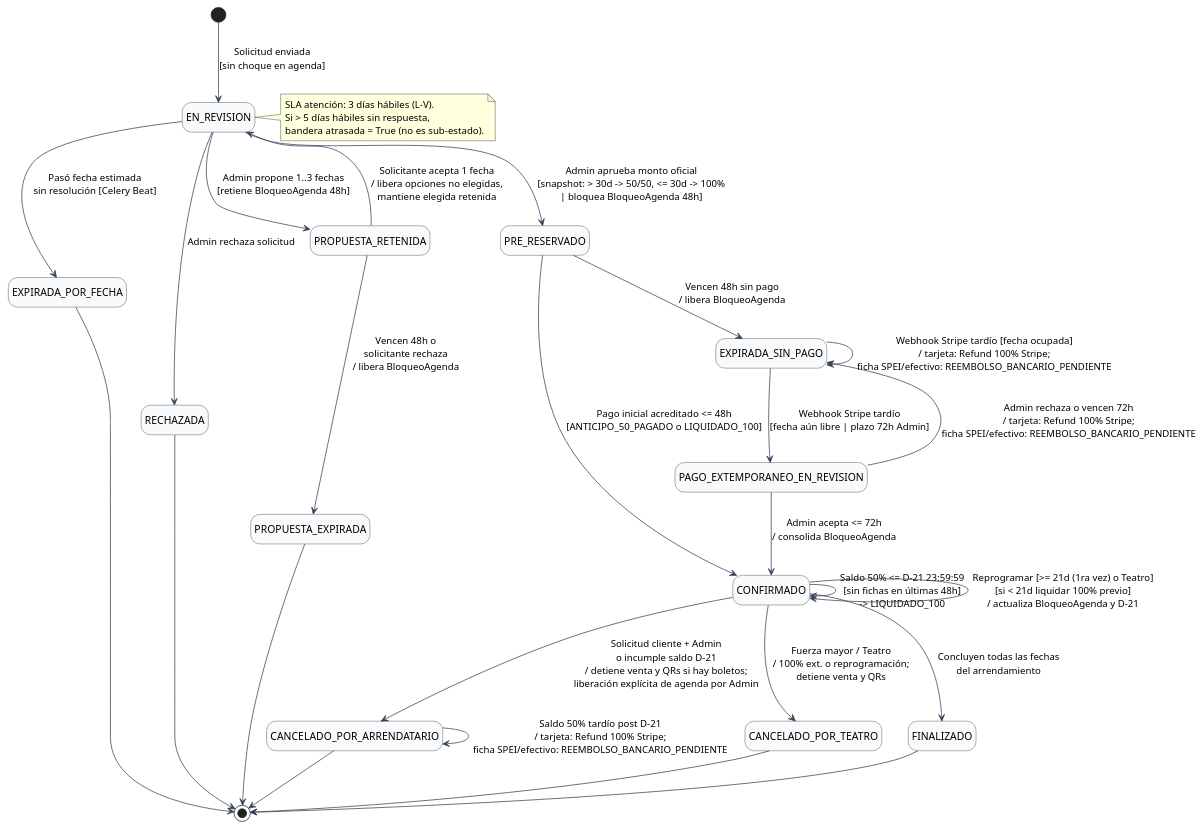
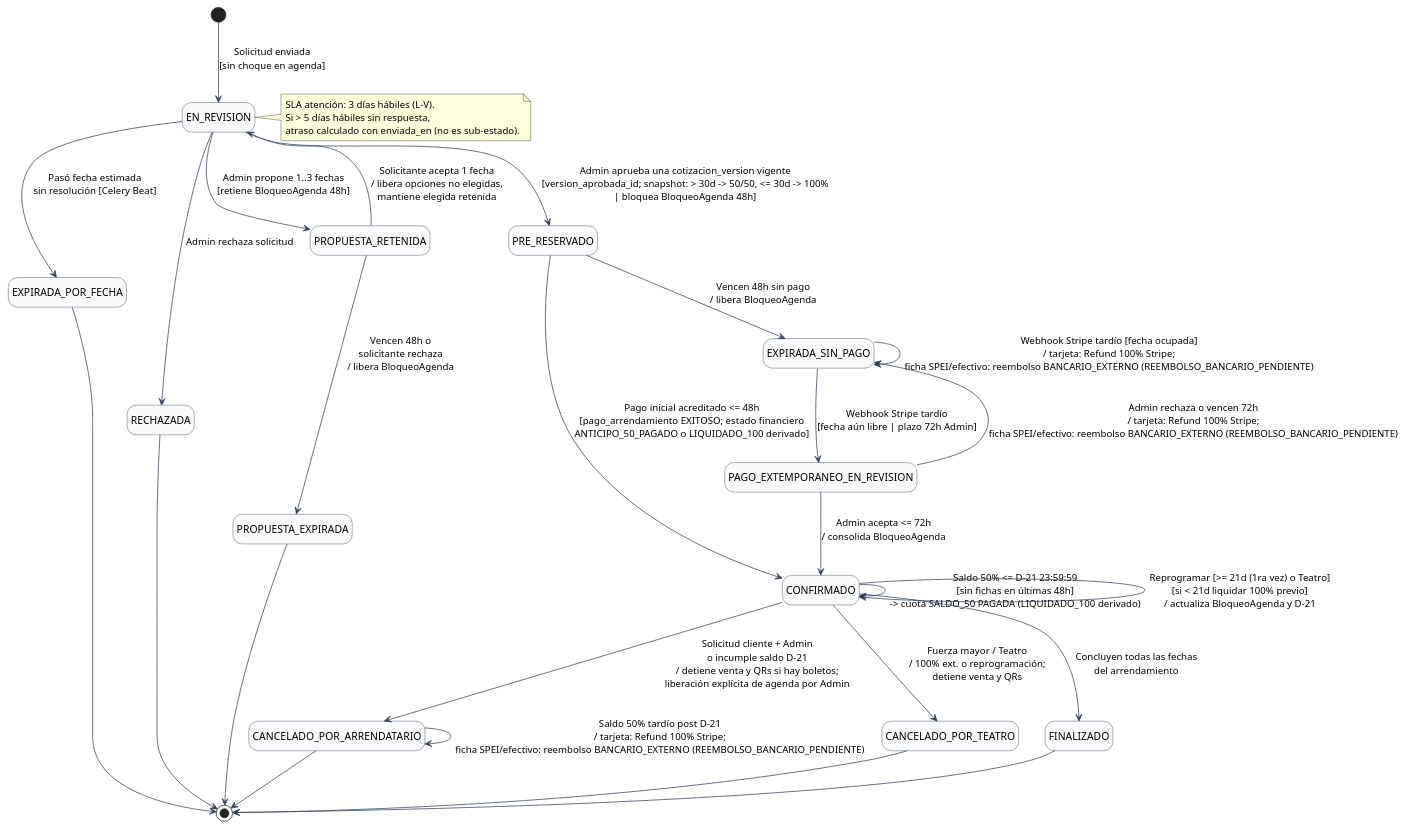
The diagram in docs/maquinas-de-estado/me01-cotizacion-arrendamiento.puml (AntonioVargas97/Teatro), drawn with PlantUML before and after one commit. The commit also changed 29 other files, not shown here.

```diff
--- a/docs/maquinas-de-estado/me01-cotizacion-arrendamiento.puml
+++ b/docs/maquinas-de-estado/me01-cotizacion-arrendamiento.puml
@@ -1,49 +1,50 @@
 @startuml ME01_Cotizacion_Arrendamiento
+' Actualizado 2026-11-26: alineado con BD v6.2. Estados financieros derivados (no columnas), PagoOrden/PagoArrendamiento, webhook_stripe, contingencia_funcion por tabla, cotizacion_version al aprobar, asignacion_butaca para el inventario.
 hide empty description
 skinparam state {
   BackgroundColor #F8FAFC
   BorderColor #1E293B
   ArrowColor #334155
 }
 
 [*] --> EN_REVISION : Solicitud enviada\n[sin choque en agenda]
 
 note right of EN_REVISION
   SLA atención: 3 días hábiles (L-V).
   Si > 5 días hábiles sin respuesta,
-  bandera atrasada = True (no es sub-estado).
+  atraso calculado con enviada_en (no es sub-estado).
 end note
 
 EN_REVISION --> EXPIRADA_POR_FECHA : Pasó fecha estimada\nsin resolución [Celery Beat]
 EN_REVISION --> RECHAZADA : Admin rechaza solicitud
 EN_REVISION --> PROPUESTA_RETENIDA : Admin propone 1..3 fechas\n[retiene BloqueoAgenda 48h]
-EN_REVISION --> PRE_RESERVADO : Admin aprueba monto oficial\n[snapshot: > 30d -> 50/50, <= 30d -> 100%\n| bloquea BloqueoAgenda 48h]
+EN_REVISION --> PRE_RESERVADO : Admin aprueba una cotizacion_version vigente\n[version_aprobada_id; snapshot: > 30d -> 50/50, <= 30d -> 100%\n| bloquea BloqueoAgenda 48h]
 
 PROPUESTA_RETENIDA --> PROPUESTA_EXPIRADA : Vencen 48h o\nsolicitante rechaza\n/ libera BloqueoAgenda
 PROPUESTA_RETENIDA --> EN_REVISION : Solicitante acepta 1 fecha\n/ libera opciones no elegidas,\nmantiene elegida retenida
 
-PRE_RESERVADO --> CONFIRMADO : Pago inicial acreditado <= 48h\n[ANTICIPO_50_PAGADO o LIQUIDADO_100]
+PRE_RESERVADO --> CONFIRMADO : Pago inicial acreditado <= 48h\n[pago_arrendamiento EXITOSO; estado financiero\nANTICIPO_50_PAGADO o LIQUIDADO_100 derivado]
 PRE_RESERVADO --> EXPIRADA_SIN_PAGO : Vencen 48h sin pago\n/ libera BloqueoAgenda
 
 EXPIRADA_SIN_PAGO --> PAGO_EXTEMPORANEO_EN_REVISION : Webhook Stripe tardío\n[fecha aún libre | plazo 72h Admin]
-EXPIRADA_SIN_PAGO --> EXPIRADA_SIN_PAGO : Webhook Stripe tardío [fecha ocupada]\n/ tarjeta: Refund 100% Stripe;\nficha SPEI/efectivo: REEMBOLSO_BANCARIO_PENDIENTE
+EXPIRADA_SIN_PAGO --> EXPIRADA_SIN_PAGO : Webhook Stripe tardío [fecha ocupada]\n/ tarjeta: Refund 100% Stripe;\nficha SPEI/efectivo: reembolso BANCARIO_EXTERNO (REEMBOLSO_BANCARIO_PENDIENTE)
 
 PAGO_EXTEMPORANEO_EN_REVISION --> CONFIRMADO : Admin acepta <= 72h\n/ consolida BloqueoAgenda
-PAGO_EXTEMPORANEO_EN_REVISION --> EXPIRADA_SIN_PAGO : Admin rechaza o vencen 72h\n/ tarjeta: Refund 100% Stripe;\nficha SPEI/efectivo: REEMBOLSO_BANCARIO_PENDIENTE
+PAGO_EXTEMPORANEO_EN_REVISION --> EXPIRADA_SIN_PAGO : Admin rechaza o vencen 72h\n/ tarjeta: Refund 100% Stripe;\nficha SPEI/efectivo: reembolso BANCARIO_EXTERNO (REEMBOLSO_BANCARIO_PENDIENTE)
 
-CONFIRMADO --> CONFIRMADO : Saldo 50% <= D-21 23:59:59\n[sin fichas en últimas 48h]\n-> LIQUIDADO_100
+CONFIRMADO --> CONFIRMADO : Saldo 50% <= D-21 23:59:59\n[sin fichas en últimas 48h]\n-> cuota SALDO_50 PAGADA (LIQUIDADO_100 derivado)
 CONFIRMADO --> CONFIRMADO : Reprogramar [>= 21d (1ra vez) o Teatro]\n[si < 21d liquidar 100% previo]\n/ actualiza BloqueoAgenda y D-21
 
 CONFIRMADO --> CANCELADO_POR_ARRENDATARIO : Solicitud cliente + Admin\no incumple saldo D-21\n/ detiene venta y QRs si hay boletos;\nliberación explícita de agenda por Admin
 CONFIRMADO --> CANCELADO_POR_TEATRO : Fuerza mayor / Teatro\n/ 100% ext. o reprogramación;\ndetiene venta y QRs
 CONFIRMADO --> FINALIZADO : Concluyen todas las fechas\ndel arrendamiento
 
-CANCELADO_POR_ARRENDATARIO --> CANCELADO_POR_ARRENDATARIO : Saldo 50% tardío post D-21\n/ tarjeta: Refund 100% Stripe;\nficha SPEI/efectivo: REEMBOLSO_BANCARIO_PENDIENTE
+CANCELADO_POR_ARRENDATARIO --> CANCELADO_POR_ARRENDATARIO : Saldo 50% tardío post D-21\n/ tarjeta: Refund 100% Stripe;\nficha SPEI/efectivo: reembolso BANCARIO_EXTERNO (REEMBOLSO_BANCARIO_PENDIENTE)
 
 EXPIRADA_POR_FECHA --> [*]
 RECHAZADA --> [*]
 PROPUESTA_EXPIRADA --> [*]
 CANCELADO_POR_ARRENDATARIO --> [*]
 CANCELADO_POR_TEATRO --> [*]
 FINALIZADO --> [*]
 @enduml
```
